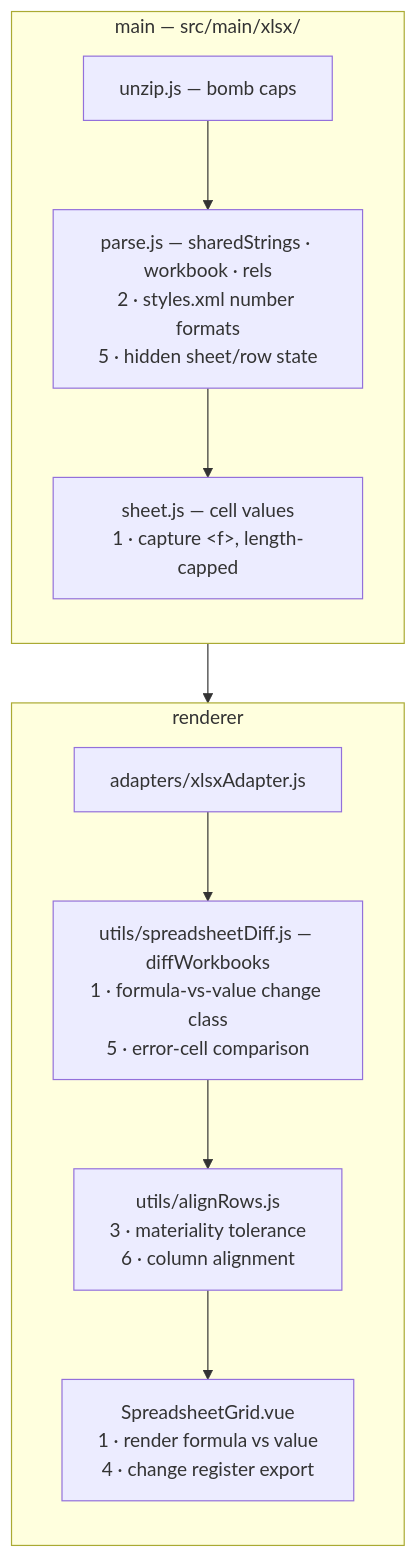
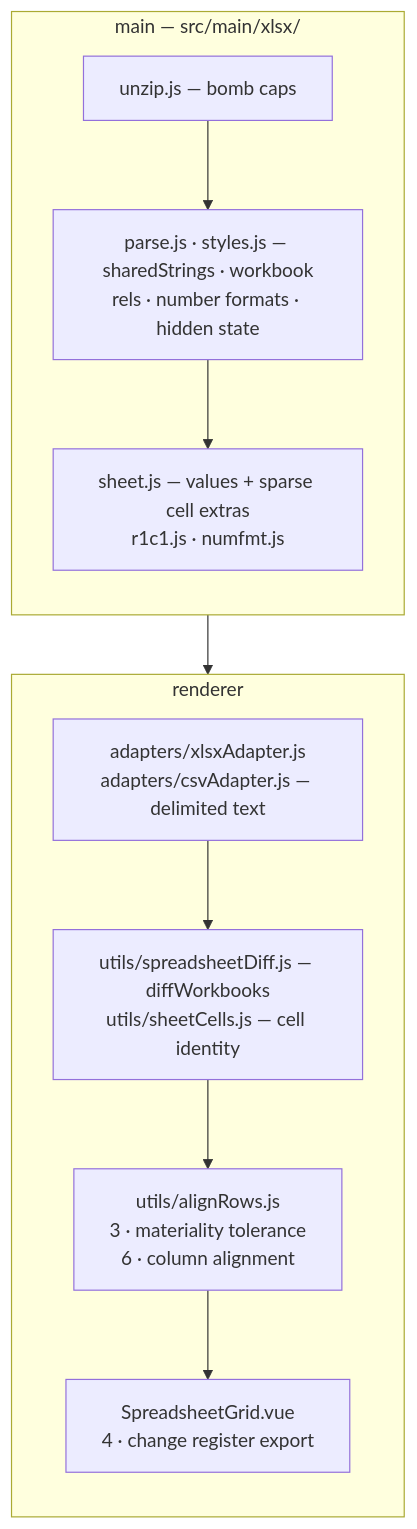
One commit to mindaugaskasp/diff-bro changed the first of 4 diagrams in docs/roadmap.md. Above: the diagram before and after it, drawn with Mermaid. The commit also changed other lines of this file and 36 other files, not shown here.

First line of the commit message:
feat(spreadsheet): compare formulas and number formats, add a CSV grid view

````diff
--- a/docs/roadmap.md
+++ b/docs/roadmap.md
@@ -13,18 +13,18 @@
 ```mermaid
 flowchart TB
   subgraph mainp["main — src/main/xlsx/"]
     direction TB
     z["unzip.js — bomb caps"]
-    p["parse.js — sharedStrings · workbook · rels<br>2 · styles.xml number formats<br>5 · hidden sheet/row state"]
-    sh["sheet.js — cell values<br>1 · capture &lt;f&gt;, length-capped"]
+    p["parse.js · styles.js — sharedStrings · workbook<br>rels · number formats · hidden state"]
+    sh["sheet.js — values + sparse cell extras<br>r1c1.js · numfmt.js"]
     z --> p
     p --> sh
   end
-  sh --> ad["adapters/xlsxAdapter.js"]
+  sh --> ad["adapters/xlsxAdapter.js<br>adapters/csvAdapter.js — delimited text"]
   subgraph rend["renderer"]
     direction TB
-    ad --> dw["utils/spreadsheetDiff.js — diffWorkbooks<br>1 · formula-vs-value change class<br>5 · error-cell comparison"]
+    ad --> dw["utils/spreadsheetDiff.js — diffWorkbooks<br>utils/sheetCells.js — cell identity"]
     dw --> al["utils/alignRows.js<br>3 · materiality tolerance<br>6 · column alignment"]
-    al --> g["SpreadsheetGrid.vue<br>1 · render formula vs value<br>4 · change register export"]
+    al --> g["SpreadsheetGrid.vue<br>4 · change register export"]
   end
 ```
````
